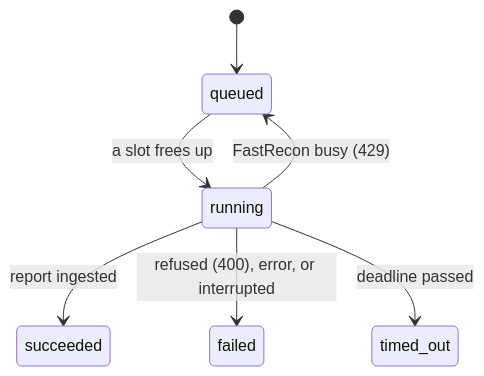
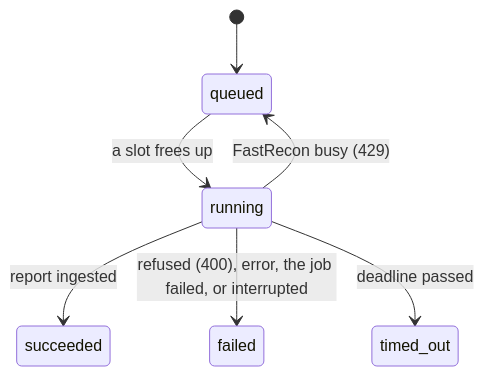
Before and after one commit to JoshuaMart/Recon: the third of 3 diagrams in docs/src/content/docs/architecture/stack.md, drawn with Mermaid. The commit also changed other lines of this file and 26 other files, not shown here.

````diff
--- a/docs/src/content/docs/architecture/stack.md
+++ b/docs/src/content/docs/architecture/stack.md
@@ -102,9 +132,9 @@
 ```mermaid
 stateDiagram-v2
   [*] --> queued
   queued --> running: a slot frees up
   running --> queued: FastRecon busy (429)
   running --> succeeded: report ingested
-  running --> failed: refused (400), error, or interrupted
+  running --> failed: refused (400), error, the job failed, or interrupted
   running --> timed_out: deadline passed
 ```
````
